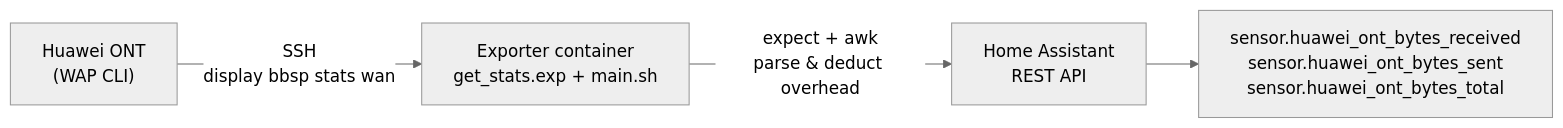
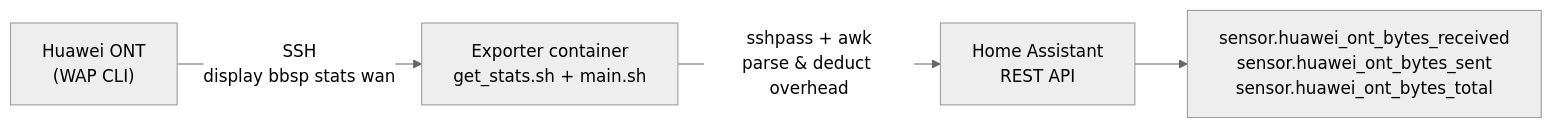
One commit to YasogaN/ha-huawei-ont-exporter changed the diagram in README.md. Above: the diagram before and after it, drawn with Mermaid (neutral theme). The commit also changed other lines of this file, not shown here.

Commit message:
docs: update README for sshpass session and robustness

````diff
--- a/README.md
+++ b/README.md
@@ -13,6 +13,6 @@
 ```mermaid
 flowchart LR
-    A["Huawei ONT<br/>(WAP CLI)"] -->|"SSH<br/>display bbsp stats wan"| B["Exporter container<br/>get_stats.exp + main.sh"]
-    B -->|"expect + awk<br/>parse &amp; deduct overhead"| C["Home Assistant<br/>REST API"]
+    A["Huawei ONT<br/>(WAP CLI)"] -->|"SSH<br/>display bbsp stats wan"| B["Exporter container<br/>get_stats.sh + main.sh"]
+    B -->|"sshpass + awk<br/>parse &amp; deduct overhead"| C["Home Assistant<br/>REST API"]
     C --> D["sensor.huawei_ont_bytes_received<br/>sensor.huawei_ont_bytes_sent<br/>sensor.huawei_ont_bytes_total"]
 ```
````
